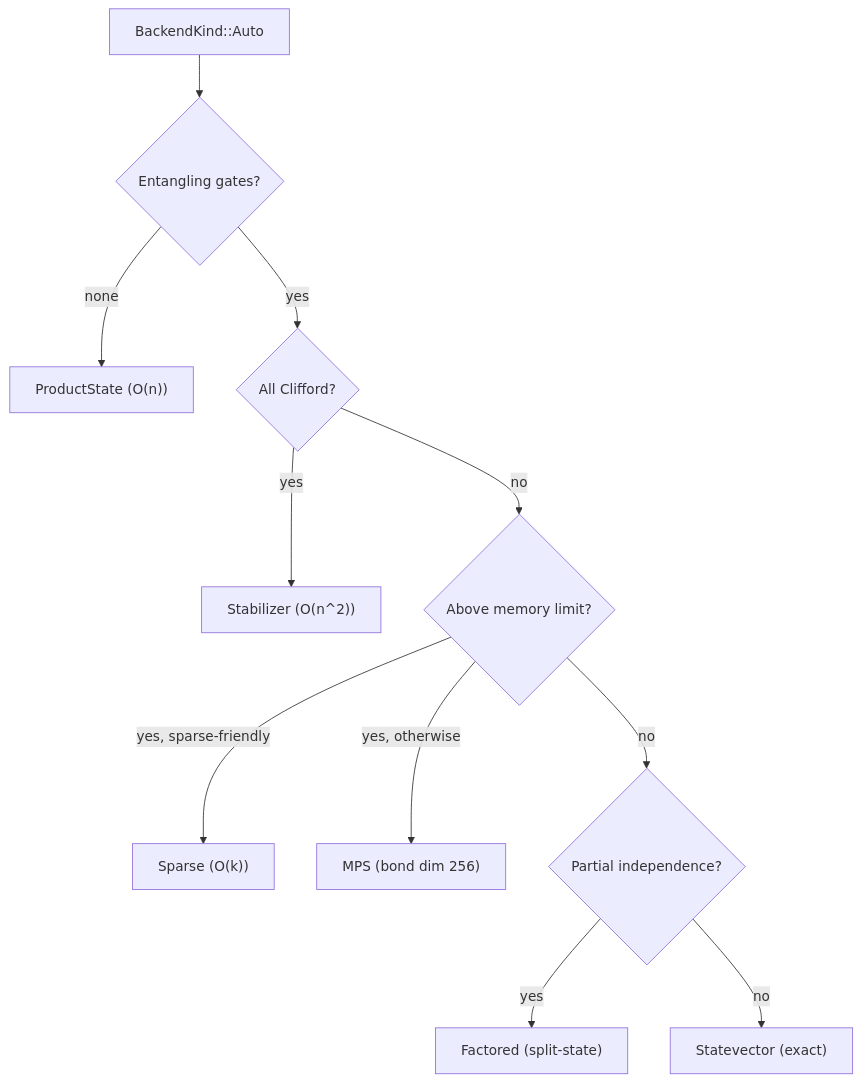
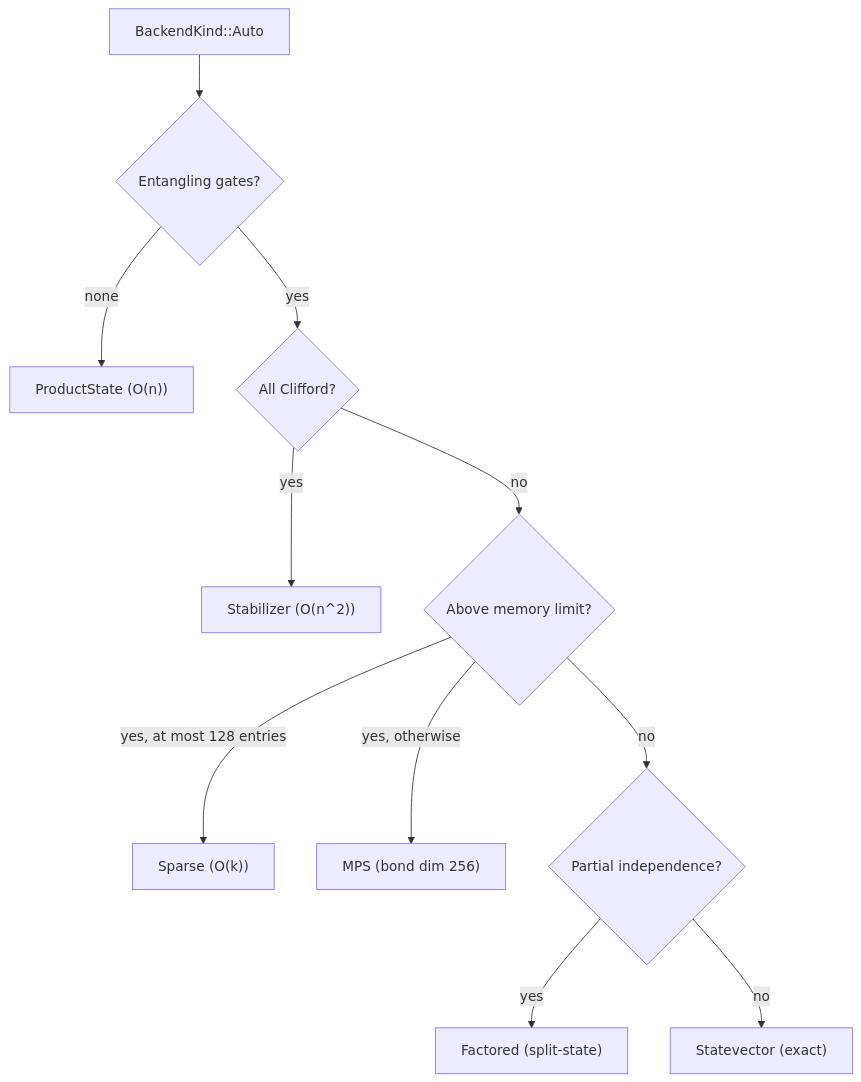
Before and after one commit to AbeCoull/prism-q: the diagram in docs/architecture/engine.md, drawn with Mermaid. The commit also changed other lines of this file and 7 other files, not shown here.

````diff
--- a/docs/architecture/engine.md
+++ b/docs/architecture/engine.md
@@ -125,13 +125,13 @@
 ```mermaid
 flowchart TD
     A[BackendKind::Auto] --> E{Entangling gates?}
     E -- none --> PS["ProductState (O(n))"]
     E -- yes --> CL{All Clifford?}
     CL -- yes --> STB["Stabilizer (O(n^2))"]
     CL -- no --> MEM{Above memory limit?}
-    MEM -- "yes, sparse-friendly" --> SPR["Sparse (O(k))"]
+    MEM -- "yes, at most 128 entries" --> SPR["Sparse (O(k))"]
     MEM -- "yes, otherwise" --> MPS["MPS (bond dim 256)"]
     MEM -- no --> IND{Partial independence?}
     IND -- yes --> FAC["Factored (split-state)"]
     IND -- no --> SV["Statevector (exact)"]
 ```
````
